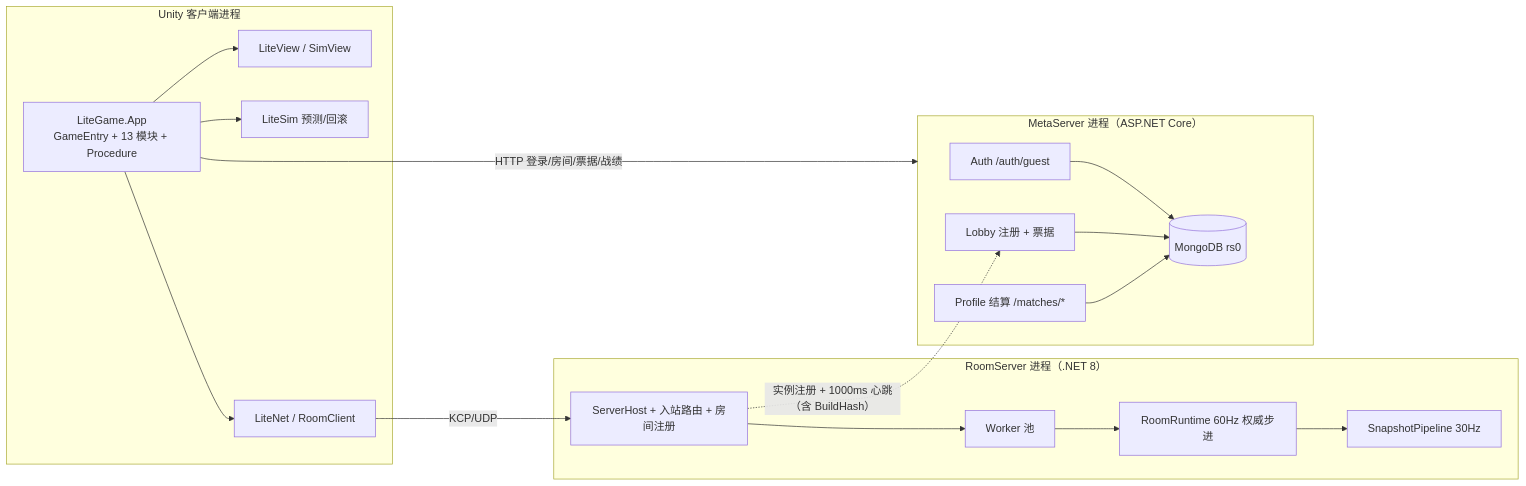
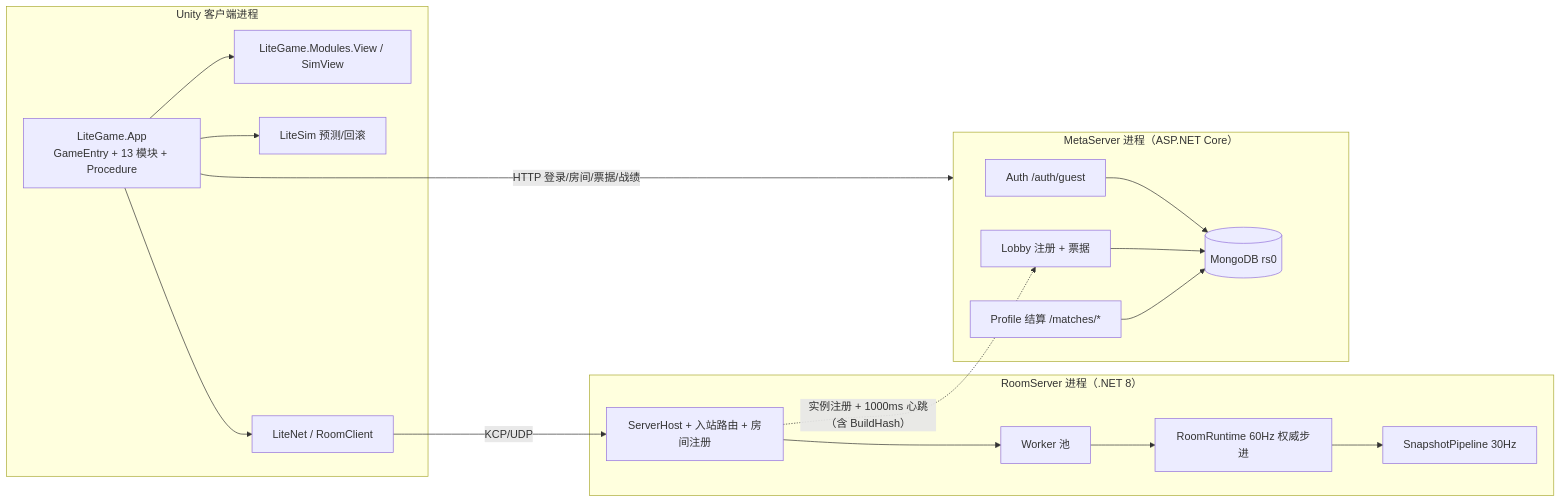
The diagram in Docs/说明/02-架构总览与程序集分层.md (highhunter777/LiteFrameWork), drawn with Mermaid before and after one commit. The commit also changed other lines of this file and 259 other files, not shown here.

First line of the commit message:
refactor(client): 产品侧三层迁移——LiteView/Battle 归 LiteGame（批11）

````diff
--- a/Docs/说明/02-架构总览与程序集分层.md
+++ b/Docs/说明/02-架构总览与程序集分层.md
@@ -86,31 +89,31 @@
 ```mermaid
 flowchart LR
     subgraph C["Unity 客户端进程"]
         APP["LiteGame.App<br/>GameEntry + 13 模块 + Procedure"]
-        VIEW["LiteView / SimView"]
+        VIEW["LiteGame.Modules.View / SimView"]
         SIM["LiteSim 预测/回滚"]
         NET["LiteNet / RoomClient"]
         APP --> VIEW
         APP --> SIM
         APP --> NET
     end
     subgraph R["RoomServer 进程（.NET 8）"]
         HOST["ServerHost + 入站路由 + 房间注册"]
         WORKER["Worker 池"]
         KERNEL["RoomRuntime 60Hz 权威步进"]
         PIPE["SnapshotPipeline 30Hz"]
         HOST --> WORKER --> KERNEL --> PIPE
     end
     subgraph M["MetaServer 进程（ASP.NET Core）"]
         AUTH["Auth /auth/guest"]
         LOBBY["Lobby 注册 + 票据"]
         PROF["Profile 结算 /matches/*"]
         MONGO[("MongoDB rs0")]
         AUTH --> MONGO
         LOBBY --> MONGO
         PROF --> MONGO
     end
     NET -- "KCP/UDP" --> HOST
     APP -- "HTTP 登录/房间/票据/战绩" --> M
     HOST -. "实例注册 + 1000ms 心跳（含 BuildHash）" .-> LOBBY
 ```
````
